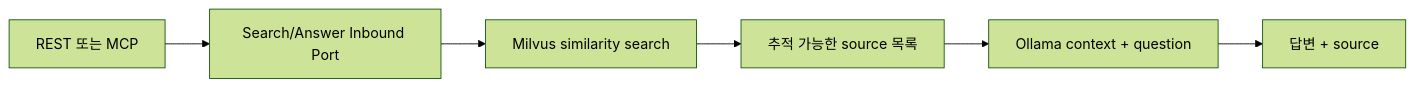
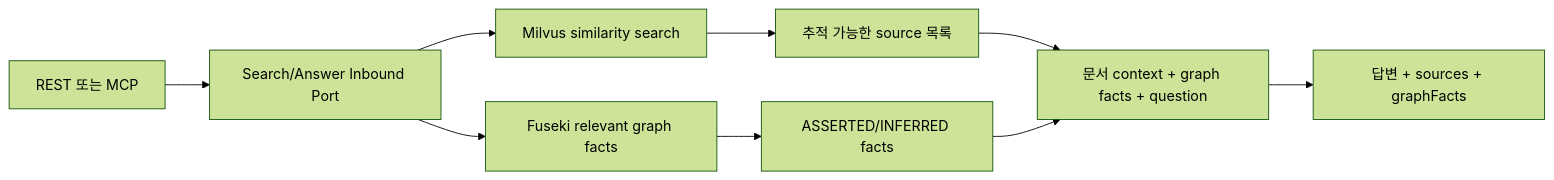
One commit to limjeahun/knowledge-rag-platform changed the second of 2 diagrams in docs/architecture/rag-target-architecture.md. Above: the diagram before and after it, drawn with Mermaid (forest theme). The commit also changed other lines of this file and 112 other files, not shown here.

````diff
--- a/docs/architecture/rag-target-architecture.md
+++ b/docs/architecture/rag-target-architecture.md
@@ -90,8 +116,11 @@
 ```mermaid
 flowchart LR
     Client["REST 또는 MCP"] --> Port["Search/Answer Inbound Port"]
     Port --> Milvus["Milvus similarity search"]
+    Port --> SPARQL["Fuseki relevant graph facts"]
     Milvus --> Sources["추적 가능한 source 목록"]
-    Sources --> Ollama["Ollama context + question"]
-    Ollama --> Answer["답변 + source"]
+    SPARQL --> Facts["ASSERTED/INFERRED facts"]
+    Sources --> Ollama["문서 context + graph facts + question"]
+    Facts --> Ollama
+    Ollama --> Answer["답변 + sources + graphFacts"]
 ```
````
